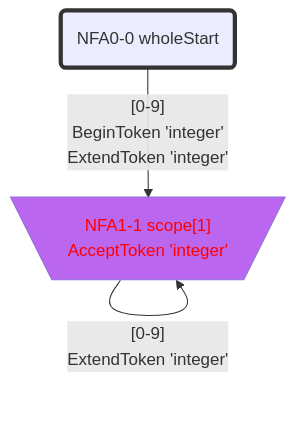
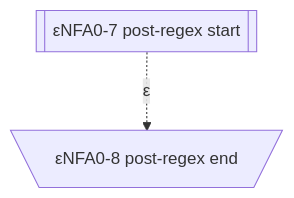
Before and after one commit to bitzhuwei/GrammarMentor: the sixth of 13 diagrams in Practices/Practice.GeneratedXxxFormat.Test/GeneratedInts/LexicalAnalyzer/README.gen.md, drawn with Mermaid. The commit also changed other lines of this file and 3868 other files, not shown here.

````diff
--- a/Practices/Practice.GeneratedXxxFormat.Test/GeneratedInts/LexicalAnalyzer/README.gen.md
+++ b/Practices/Practice.GeneratedXxxFormat.Test/GeneratedInts/LexicalAnalyzer/README.gen.md
@@ -197,29 +191,21 @@
 ```Mermaid
 flowchart
 classDef c0001 color:#FF0000;
 classDef c0010 stroke-dasharray: 10 10;
 classDef c0011 stroke-dasharray: 10 10,color:#FF0000;
 classDef c0100 fill:#BB66EE;
 classDef c0101 fill:#BB66EE,color:#FF0000;
 classDef c0110 fill:#BB66EE,stroke-dasharray: 10 10;
 classDef c0111 fill:#BB66EE,stroke-dasharray: 10 10,color:#FF0000;
 classDef c1000 stroke:#333,stroke-width:4px;
 classDef c1001 stroke:#333,stroke-width:4px,color:#FF0000;
 classDef c1010 stroke:#333,stroke-width:4px,stroke-dasharray: 10 10;
 classDef c1011 stroke:#333,stroke-width:4px,stroke-dasharray: 10 10,color:#FF0000;
 classDef c1100 stroke:#333,stroke-width:4px,fill:#BB66EE;
 classDef c1101 stroke:#333,stroke-width:4px,fill:#BB66EE,color:#FF0000;
 classDef c1110 stroke:#333,stroke-width:4px,fill:#BB66EE,stroke-dasharray: 10 10;
 classDef c1111 stroke:#333,stroke-width:4px,fill:#BB66EE,stroke-dasharray: 10 10,color:#FF0000;
-NFA0_0_63739581("NFA0-0 wholeStart")
-class NFA0_0_63739581 c1000;
-NFA1_1_21995256[\"NFA1-1 scope[1]
-AcceptToken 'integer'"/]
-class NFA1_1_21995256 c0101;
-NFA0_0_63739581 -->|"[0-9]
-BeginToken 'integer'
-ExtendToken 'integer'"|NFA1_1_21995256
-NFA1_1_21995256 -->|"[0-9]
-ExtendToken 'integer'"|NFA1_1_21995256
-
+eNFA0_7_4890297[["εNFA0-7 post-regex start"]]
+eNFA0_8_44012677[\"εNFA0-8 post-regex end"/]
+eNFA0_7_4890297 -.->|"ε"|eNFA0_8_44012677
 ```
````
